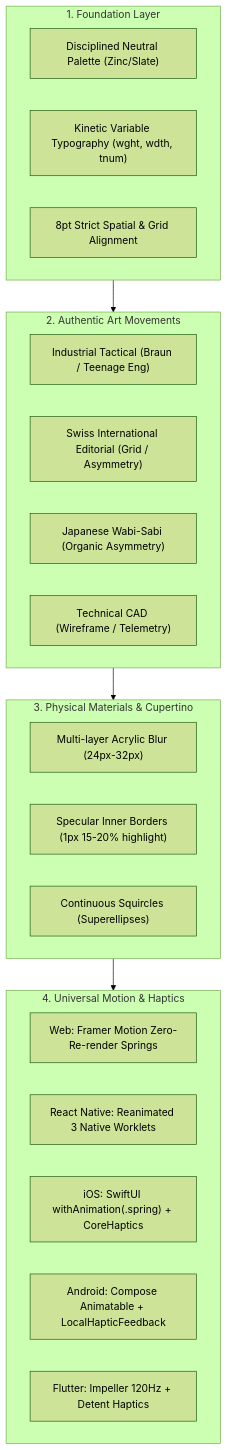
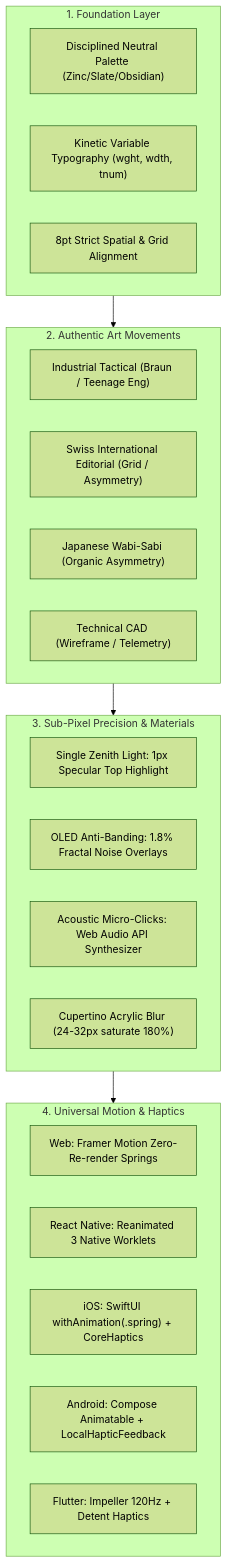
Before and after one commit to darknecrocities/SkillBuilder: the diagram in skills/ui/SKILL.md, drawn with Mermaid (forest theme). The commit also changed other lines of this file and 7 other files, not shown here.

Commit message:
feat(ui): elevate to ultra-premium UI craftsmanship with sub-pixel lighting and acoustic micro-clicks

````diff
--- a/skills/ui/SKILL.md
+++ b/skills/ui/SKILL.md
@@ -16,27 +16,28 @@
 ```mermaid
 flowchart TD
     subgraph Foundation["1. Foundation Layer"]
-        A["Disciplined Neutral Palette (Zinc/Slate)"]
+        A["Disciplined Neutral Palette (Zinc/Slate/Obsidian)"]
         B["Kinetic Variable Typography (wght, wdth, tnum)"]
         C["8pt Strict Spatial & Grid Alignment"]
     end
     subgraph Movements["2. Authentic Art Movements"]
         D["Industrial Tactical (Braun / Teenage Eng)"]
         E["Swiss International Editorial (Grid / Asymmetry)"]
         F["Japanese Wabi-Sabi (Organic Asymmetry)"]
         G["Technical CAD (Wireframe / Telemetry)"]
     end
-    subgraph Materials["3. Physical Materials & Cupertino"]
-        H["Multi-layer Acrylic Blur (24px-32px)"]
-        I["Specular Inner Borders (1px 15-20% highlight)"]
-        J["Continuous Squircles (Superellipses)"]
+    subgraph SubPixel["3. Sub-Pixel Precision & Materials"]
+        H["Single Zenith Light: 1px Specular Top Highlight"]
+        I["OLED Anti-Banding: 1.8% Fractal Noise Overlays"]
+        J["Acoustic Micro-Clicks: Web Audio API Synthesizer"]
+        K["Cupertino Acrylic Blur (24-32px saturate 180%)"]
     end
     subgraph Motion["4. Universal Motion & Haptics"]
-        K["Web: Framer Motion Zero-Re-render Springs"]
-        L["React Native: Reanimated 3 Native Worklets"]
-        M["iOS: SwiftUI withAnimation(.spring) + CoreHaptics"]
-        N["Android: Compose Animatable + LocalHapticFeedback"]
-        O["Flutter: Impeller 120Hz + Detent Haptics"]
+        L["Web: Framer Motion Zero-Re-render Springs"]
+        M["React Native: Reanimated 3 Native Worklets"]
+        N["iOS: SwiftUI withAnimation(.spring) + CoreHaptics"]
+        O["Android: Compose Animatable + LocalHapticFeedback"]
+        P["Flutter: Impeller 120Hz + Detent Haptics"]
     end
-    Foundation --> Movements --> Materials --> Motion
+    Foundation --> Movements --> SubPixel --> Motion
 ```
````
